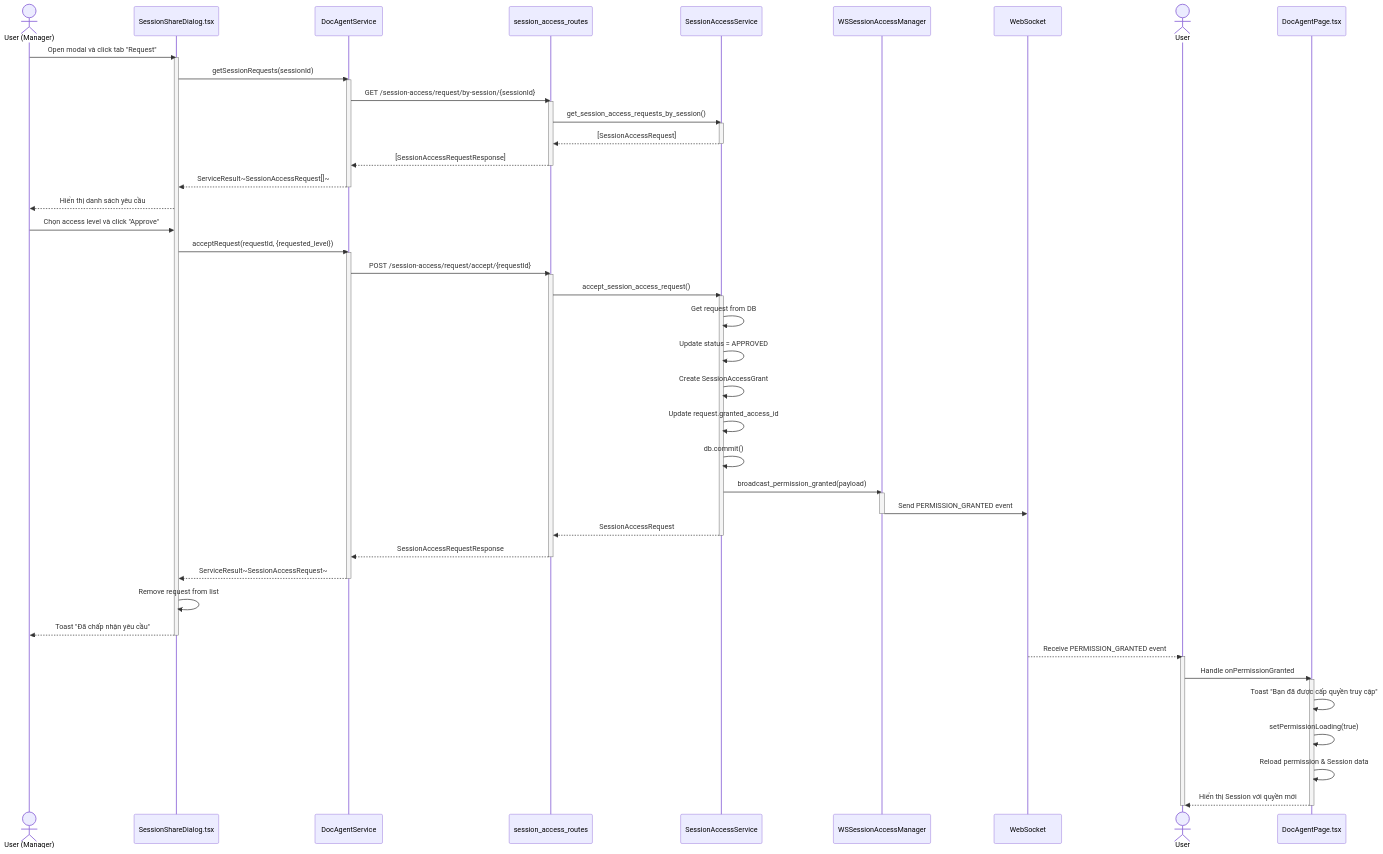
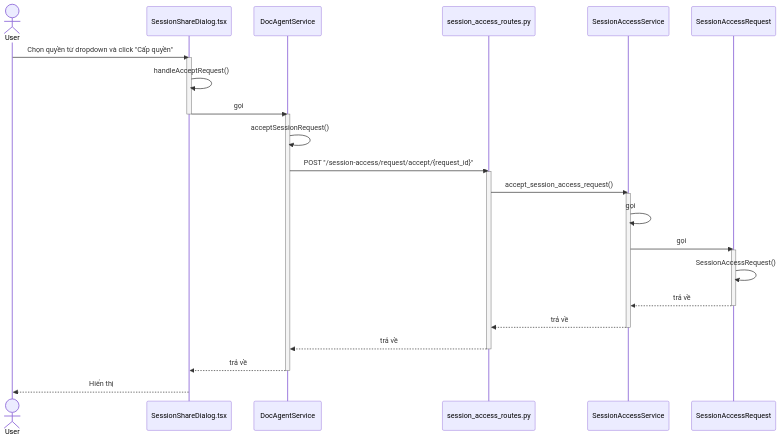
The fifth of 9 diagrams in session_access/4_session_access_seq.md (mduc-2610/gp_doc), drawn with Mermaid before and after one commit. The commit also changed other lines of this file and 34 other files, not shown here.

````diff
--- a/session_access/4_session_access_seq.md
+++ b/session_access/4_session_access_seq.md
@@ -291,72 +320,43 @@
 ```mermaid
 sequenceDiagram
-    actor ManagerUser as User (Manager)
-    participant ShareModal as SessionShareDialog.tsx
+    actor User
+    participant SessionShareDialog as SessionShareDialog.tsx
     participant DocAgentService as DocAgentService
-    participant SessionAccessRoutes as session_access_routes
+    participant SessionAccessRoutes as session_access_routes.py
     participant SessionAccessService as SessionAccessService
-    participant WSManager as WSSessionAccessManager
-    participant WebSocket as WebSocket
-    actor RequestUser as User
-    participant DocAgentPage as DocAgentPage.tsx
+    participant SessionAccessRequest as SessionAccessRequest
 
-    ManagerUser->>ShareModal: Open modal và click tab "Request"
-    activate ShareModal
+    User->>SessionShareDialog: Chọn quyền từ dropdown và click "Cấp quyền"
+    activate SessionShareDialog
     
-    ShareModal->>DocAgentService: getSessionRequests(sessionId)
+    SessionShareDialog->>SessionShareDialog: handleAcceptRequest()
+    SessionShareDialog->>DocAgentService: gọi
+    deactivate SessionShareDialog
     activate DocAgentService
-    DocAgentService->>SessionAccessRoutes: GET /session-access/request/by-session/{sessionId}
+    
+    DocAgentService->>DocAgentService: acceptSessionRequest()
+    DocAgentService->>SessionAccessRoutes: POST "/session-access/request/accept/{request_id}"
     activate SessionAccessRoutes
-    SessionAccessRoutes->>SessionAccessService: get_session_access_requests_by_session()
-    activate SessionAccessService
-    SessionAccessService-->>SessionAccessRoutes: [SessionAccessRequest]
-    deactivate SessionAccessService
-    SessionAccessRoutes-->>DocAgentService: [SessionAccessRequestResponse]
-    deactivate SessionAccessRoutes
-    DocAgentService-->>ShareModal: ServiceResult~SessionAccessRequest[]~
-    deactivate DocAgentService
     
-    ShareModal-->>ManagerUser: Hiển thị danh sách yêu cầu
-    
-    ManagerUser->>ShareModal: Chọn access level và click "Approve"
-    
-    ShareModal->>DocAgentService: acceptRequest(requestId, {requested_level})
-    activate DocAgentService
-    DocAgentService->>SessionAccessRoutes: POST /session-access/request/accept/{requestId}
-    activate SessionAccessRoutes
     SessionAccessRoutes->>SessionAccessService: accept_session_access_request()
     activate SessionAccessService
     
-    SessionAccessService->>SessionAccessService: Get request from DB
-    SessionAccessService->>SessionAccessService: Update status = APPROVED
-    SessionAccessService->>SessionAccessService: Create SessionAccessGrant
-    SessionAccessService->>SessionAccessService: Update request.granted_access_id
-    SessionAccessService->>SessionAccessService: db.commit()
+    SessionAccessService->>SessionAccessService: gọi
+    SessionAccessService->>SessionAccessRequest: gọi
+    activate SessionAccessRequest
     
-    SessionAccessService->>WSManager: broadcast_permission_granted(payload)
-    activate WSManager
-    WSManager->>WebSocket: Send PERMISSION_GRANTED event
-    deactivate WSManager
+    SessionAccessRequest->>SessionAccessRequest: SessionAccessRequest()
+    SessionAccessRequest-->>SessionAccessService: trả về
+    deactivate SessionAccessRequest
     
-    SessionAccessService-->>SessionAccessRoutes: SessionAccessRequest
+    SessionAccessService-->>SessionAccessRoutes: trả về
     deactivate SessionAccessService
-    SessionAccessRoutes-->>DocAgentService: SessionAccessRequestResponse
+    
+    SessionAccessRoutes-->>DocAgentService: trả về
     deactivate SessionAccessRoutes
-    DocAgentService-->>ShareModal: ServiceResult~SessionAccessRequest~
+    
+    DocAgentService-->>SessionShareDialog: trả về
     deactivate DocAgentService
     
-    ShareModal->>ShareModal: Remove request from list
-    ShareModal-->>ManagerUser: Toast "Đã chấp nhận yêu cầu"
-    deactivate ShareModal
-    
-    WebSocket-->>RequestUser: Receive PERMISSION_GRANTED event
-    activate RequestUser
-    RequestUser->>DocAgentPage: Handle onPermissionGranted
-    activate DocAgentPage
-    DocAgentPage->>DocAgentPage: Toast "Bạn đã được cấp quyền truy cập"
-    DocAgentPage->>DocAgentPage: setPermissionLoading(true)
-    DocAgentPage->>DocAgentPage: Reload permission & Session data
-    DocAgentPage-->>RequestUser: Hiển thị Session với quyền mới
-    deactivate DocAgentPage
-    deactivate RequestUser
+    SessionShareDialog-->>User: Hiển thị
 ```
````
